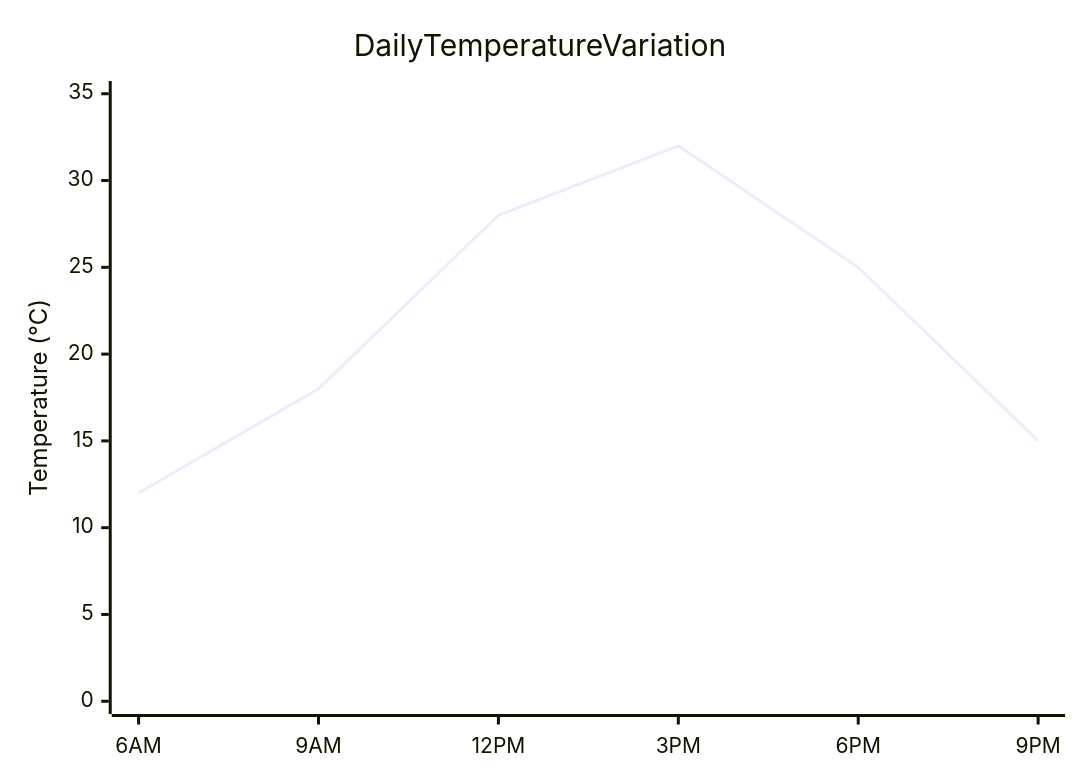
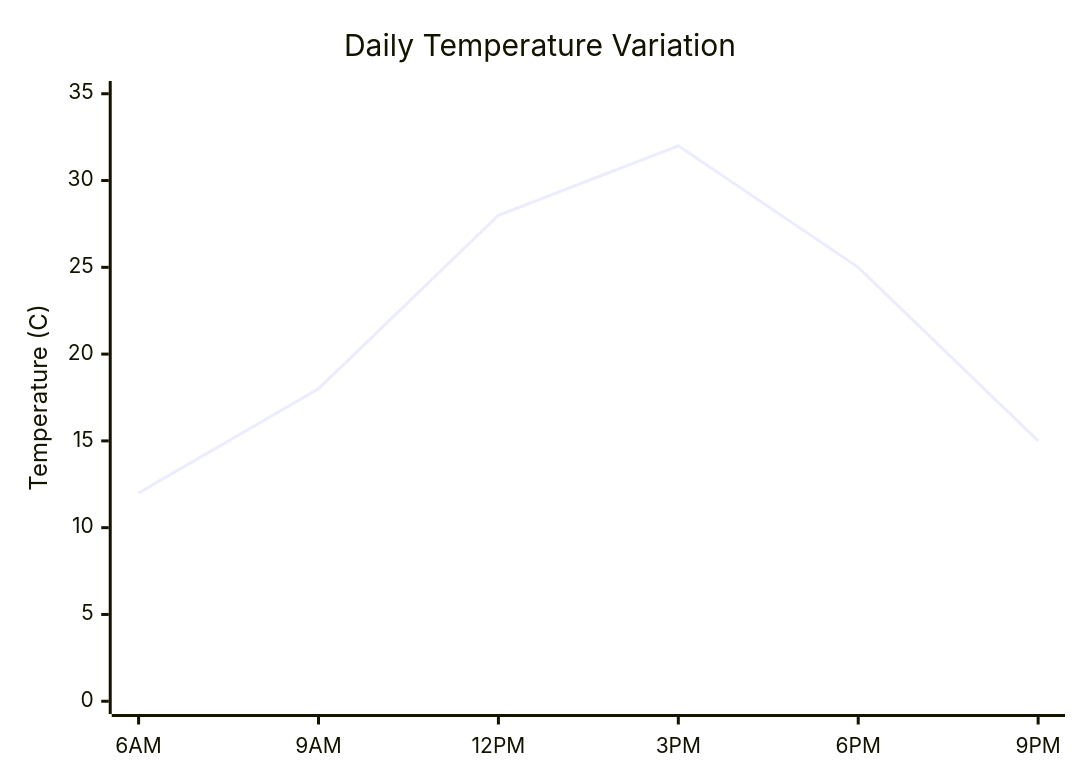
Diagram 14 of 23 in plugins/obsidian-blocks/skills/mermaid-diagramming/xychart.md (BitYoungjae/marketplace), drawn with Mermaid before and after one commit. The commit also changed other lines of this file and 14 other files, not shown here.

First line of the commit message:
feat(obsidian-blocks): add Session 3 Mermaid diagrams

````diff
--- a/plugins/obsidian-blocks/skills/mermaid-diagramming/xychart.md
+++ b/plugins/obsidian-blocks/skills/mermaid-diagramming/xychart.md
@@ -187,7 +191,7 @@
 ```mermaid
 xychart-beta
-    title Daily Temperature Variation
+    title "Daily Temperature Variation"
     x-axis [6AM, 9AM, 12PM, 3PM, 6PM, 9PM]
-    y-axis "Temperature (°C)" 0 --> 35
+    y-axis "Temperature (C)" 0 --> 35
     line [12, 18, 28, 32, 25, 15]
 ```
````
